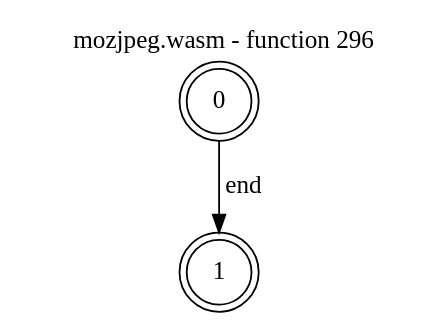
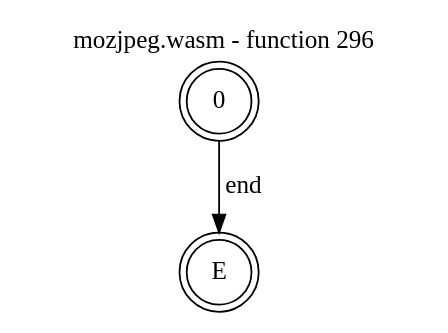
The diagram in test_cases/mozjpeg/funcs/mozjpeg-func296.dot (jsCarleton/wanalyze), drawn with Graphviz before and after one commit. The commit also changed 516 other files, not shown here.

```diff
--- a/test_cases/mozjpeg/funcs/mozjpeg-func296.dot
+++ b/test_cases/mozjpeg/funcs/mozjpeg-func296.dot
@@ -1,10 +1,10 @@
 digraph finite_state_machine {
     label = "mozjpeg.wasm - function 296"
     labelloc =  t
     labelfontsize = 16
     labelfontcolor = black
     labelfontname = "Helvetica"
-    node [shape = doublecircle]; 0 1;
+    node [shape = doublecircle]; 0 E ;
     node [shape = circle];
-    0 -> 1[label="end"];
+    0 -> E[label="end"];
 }
```
